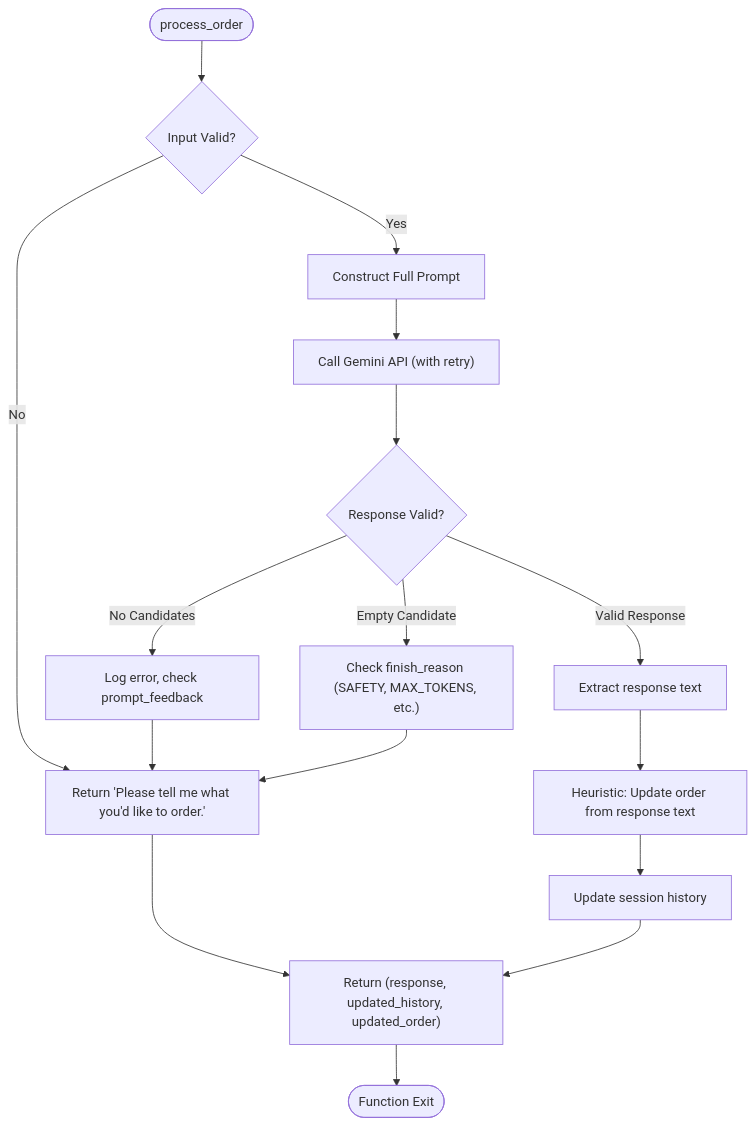
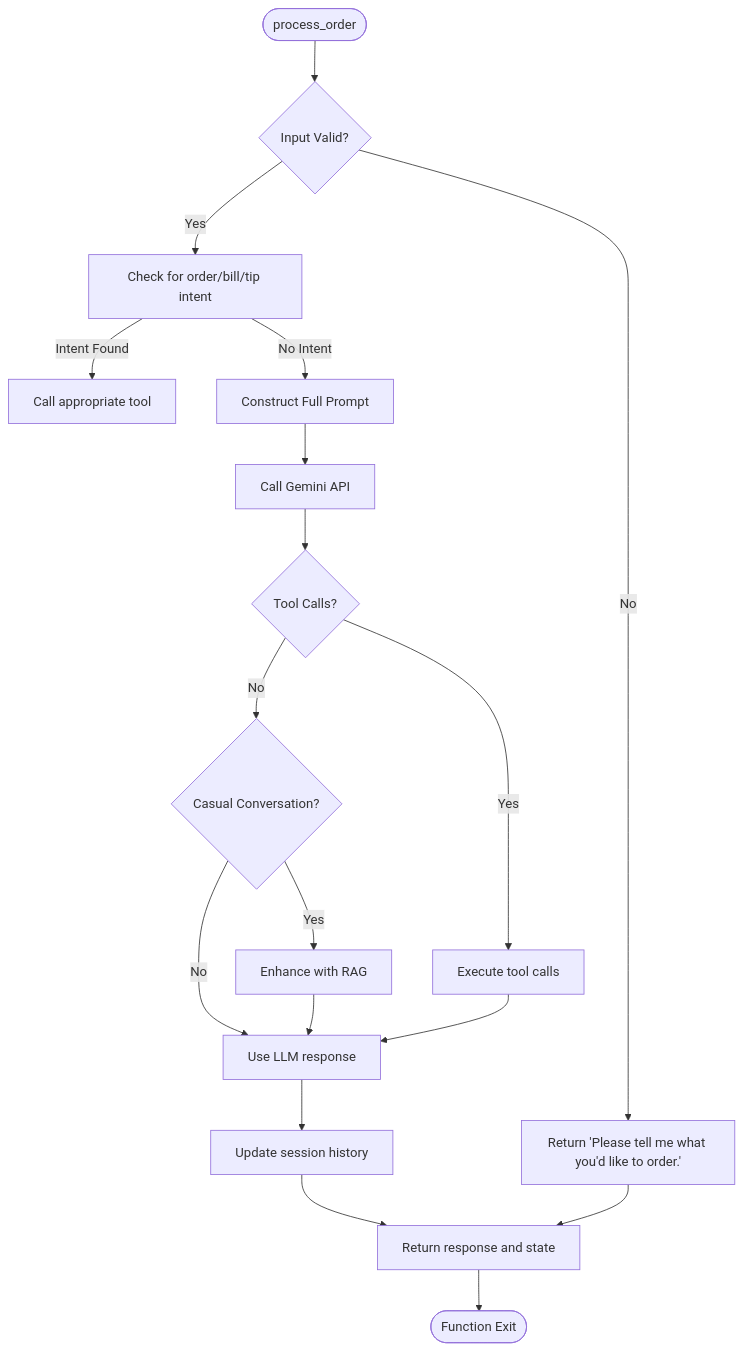
The third of 4 diagrams in .qoder/repowiki/en/content/AI Integration/Gemini LLM Integration.md (MOK-5-ha/MayaBartendingAgent), drawn with Mermaid before and after one commit. The commit also changed other lines of this file and 14 other files, not shown here.

````diff
--- a/.qoder/repowiki/en/content/AI Integration/Gemini LLM Integration.md
+++ b/.qoder/repowiki/en/content/AI Integration/Gemini LLM Integration.md
@@ -193,18 +223,20 @@
 ```mermaid
 flowchart TD
 Start([process_order]) --> ValidateInput{"Input Valid?"}
 ValidateInput --> |No| ReturnError["Return 'Please tell me what you'd like to order.'"]
-ValidateInput --> |Yes| ConstructPrompt["Construct Full Prompt"]
-ConstructPrompt --> CallGemini["Call Gemini API (with retry)"]
-CallGemini --> CheckResponse{"Response Valid?"}
-CheckResponse --> |No Candidates| HandleNoCandidates["Log error, check prompt_feedback"]
-CheckResponse --> |Empty Candidate| HandleEmpty["Check finish_reason (SAFETY, MAX_TOKENS, etc.)"]
-CheckResponse --> |Valid Response| ExtractText["Extract response text"]
-HandleNoCandidates --> ReturnError
-HandleEmpty --> ReturnError
-ExtractText --> UpdateOrder["Heuristic: Update order from response text"]
-UpdateOrder --> UpdateHistory["Update session history"]
-UpdateHistory --> ReturnState["Return (response, updated_history, updated_order)"]
+ValidateInput --> |Yes| CheckIntent["Check for order/bill/tip intent"]
+CheckIntent --> |Intent Found| CallTool["Call appropriate tool"]
+CheckIntent --> |No Intent| ConstructPrompt["Construct Full Prompt"]
+ConstructPrompt --> CallGemini["Call Gemini API"]
+CallGemini --> CheckToolCalls{"Tool Calls?"}
+CheckToolCalls --> |Yes| ExecuteTools["Execute tool calls"]
+CheckToolCalls --> |No| CheckConversation{"Casual Conversation?"}
+CheckConversation --> |Yes| EnhanceRAG["Enhance with RAG"]
+CheckConversation --> |No| UseResponse["Use LLM response"]
+EnhanceRAG --> UseResponse
+ExecuteTools --> UseResponse
+UseResponse --> UpdateHistory["Update session history"]
+UpdateHistory --> ReturnState["Return response and state"]
 ReturnError --> ReturnState
 ReturnState --> End([Function Exit])
 ```
````
